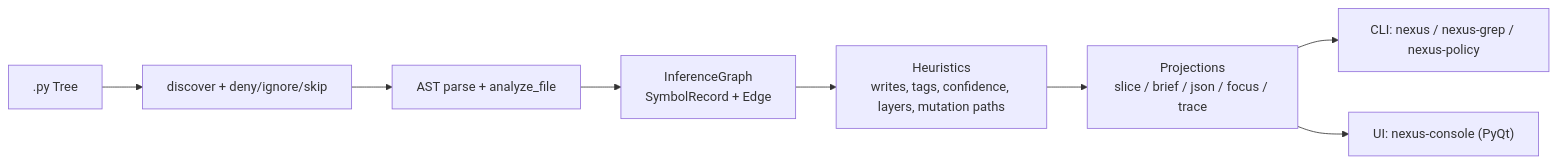
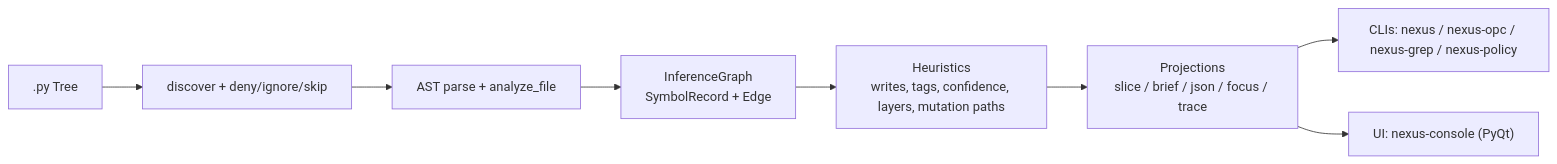
One commit to MechanicalDeus/Mechanicals-Nexus---Inference-Control changed the diagram in docs/repository-analyse.md. Above: the diagram before and after it, drawn with Mermaid. The commit also changed other lines of this file and 17 other files, not shown here.

````diff
--- a/docs/repository-analyse.md
+++ b/docs/repository-analyse.md
@@ -64,10 +64,10 @@
 ```mermaid
 flowchart LR
   A[".py Tree"] --> B["discover + deny/ignore/skip"]
   B --> C["AST parse + analyze_file"]
   C --> D["InferenceGraph<br/>SymbolRecord + Edge"]
   D --> E["Heuristics<br/>writes, tags, confidence, layers, mutation paths"]
   E --> F["Projections<br/>slice / brief / json / focus / trace"]
-  F --> G["CLI: nexus / nexus-grep / nexus-policy"]
+  F --> G["CLIs: nexus / nexus-opc / nexus-grep / nexus-policy"]
   F --> H["UI: nexus-console (PyQt)"]
 ```
````
